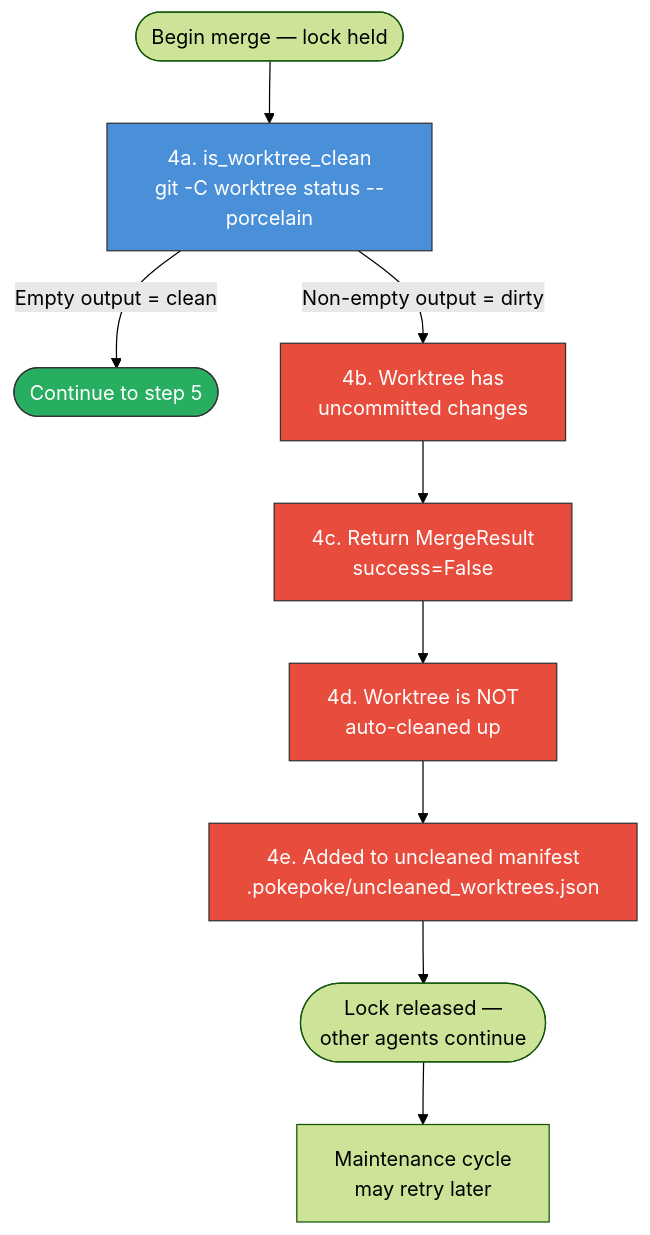
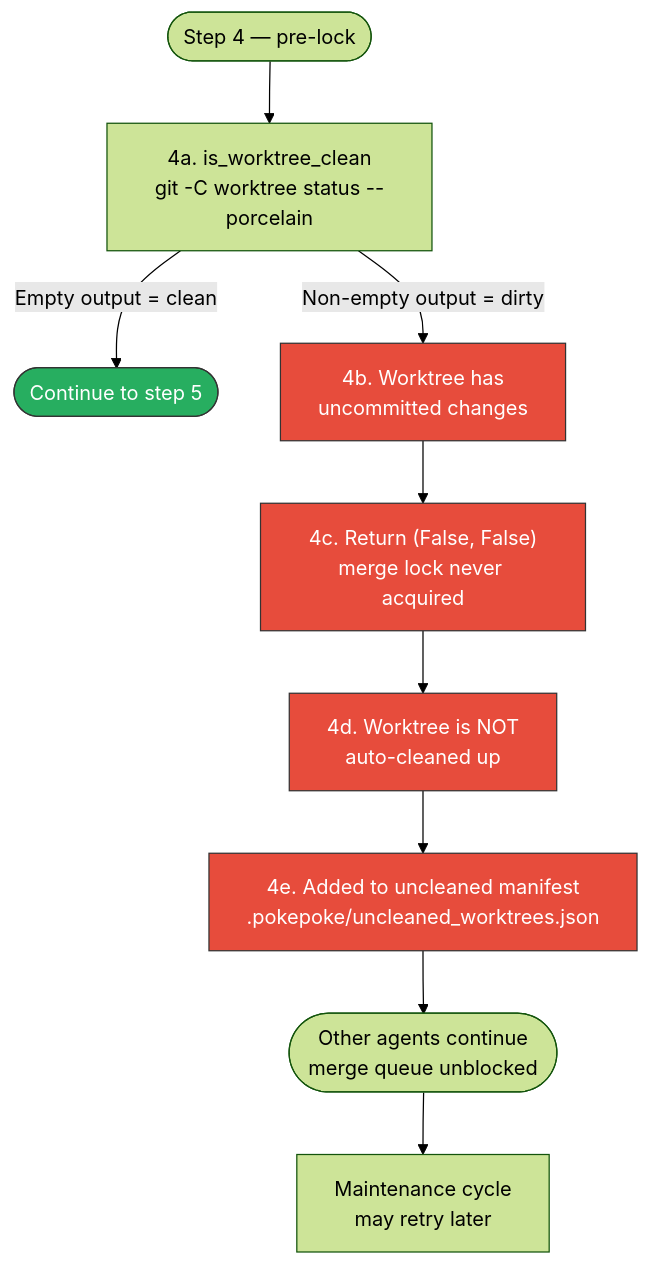
The second of 5 diagrams in docs/merge-workflow.md (AmeliaRose802/PokePoke), drawn with Mermaid (forest theme) before and after one commit. The commit also changed other lines of this file and 4 other files, not shown here.

First line of the commit message:
feat(merge): hoist worktree clean + commit count checks before merge lock

````diff
--- a/docs/merge-workflow.md
+++ b/docs/merge-workflow.md
@@ -82,22 +81,21 @@
 ```mermaid
 flowchart TD
-    START(["Begin merge — lock held"]) --> CHECK["4a. is_worktree_clean<br/>git -C worktree status --porcelain"]
+    START(["Step 4 — pre-lock"]) --> CHECK["4a. is_worktree_clean<br/>git -C worktree status --porcelain"]
 
     CHECK -- "Empty output = clean" --> PROCEED(["Continue to step 5"])
     CHECK -- "Non-empty output = dirty" --> CATEGORIZE["4b. Worktree has<br/>uncommitted changes"]
 
-    CATEGORIZE --> RESULT["4c. Return MergeResult<br/>success=False"]
+    CATEGORIZE --> RESULT["4c. Return (False, False)<br/>merge lock never acquired"]
     RESULT --> PRESERVE["4d. Worktree is NOT<br/>auto-cleaned up"]
     PRESERVE --> MANIFEST["4e. Added to uncleaned manifest<br/>.pokepoke/uncleaned_worktrees.json"]
-    MANIFEST --> NEXT(["Lock released —<br/>other agents continue"])
+    MANIFEST --> NEXT(["Other agents continue<br/>merge queue unblocked"])
 
     NEXT --> MAINT["Maintenance cycle<br/>may retry later"]
 
-    %% Lock held (blue)
-    style CHECK fill:#4a90d9,stroke:#333,color:#fff
+    %% Pre-lock (no blue — lock not held)
     style CATEGORIZE fill:#e74c3c,stroke:#333,color:#fff
     style RESULT fill:#e74c3c,stroke:#333,color:#fff
     style PRESERVE fill:#e74c3c,stroke:#333,color:#fff
     style MANIFEST fill:#e74c3c,stroke:#333,color:#fff
     style PROCEED fill:#27ae60,stroke:#333,color:#fff
 ```
````
